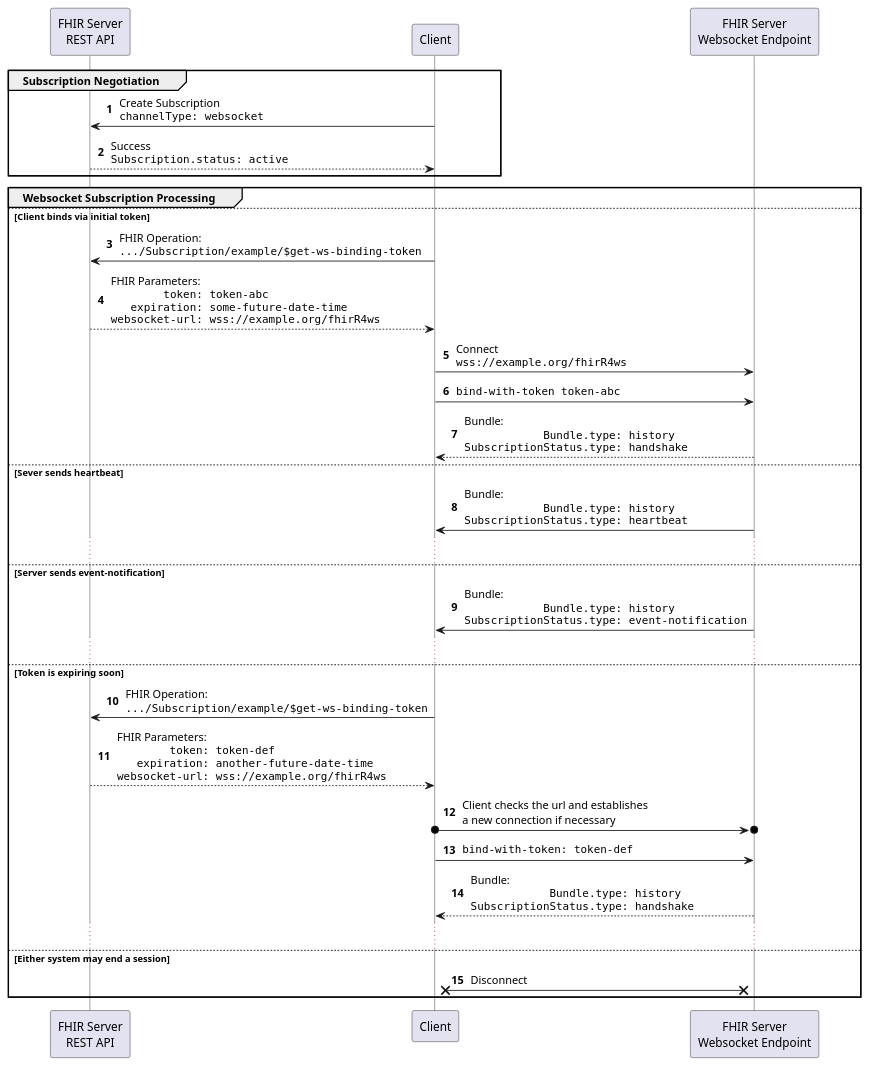
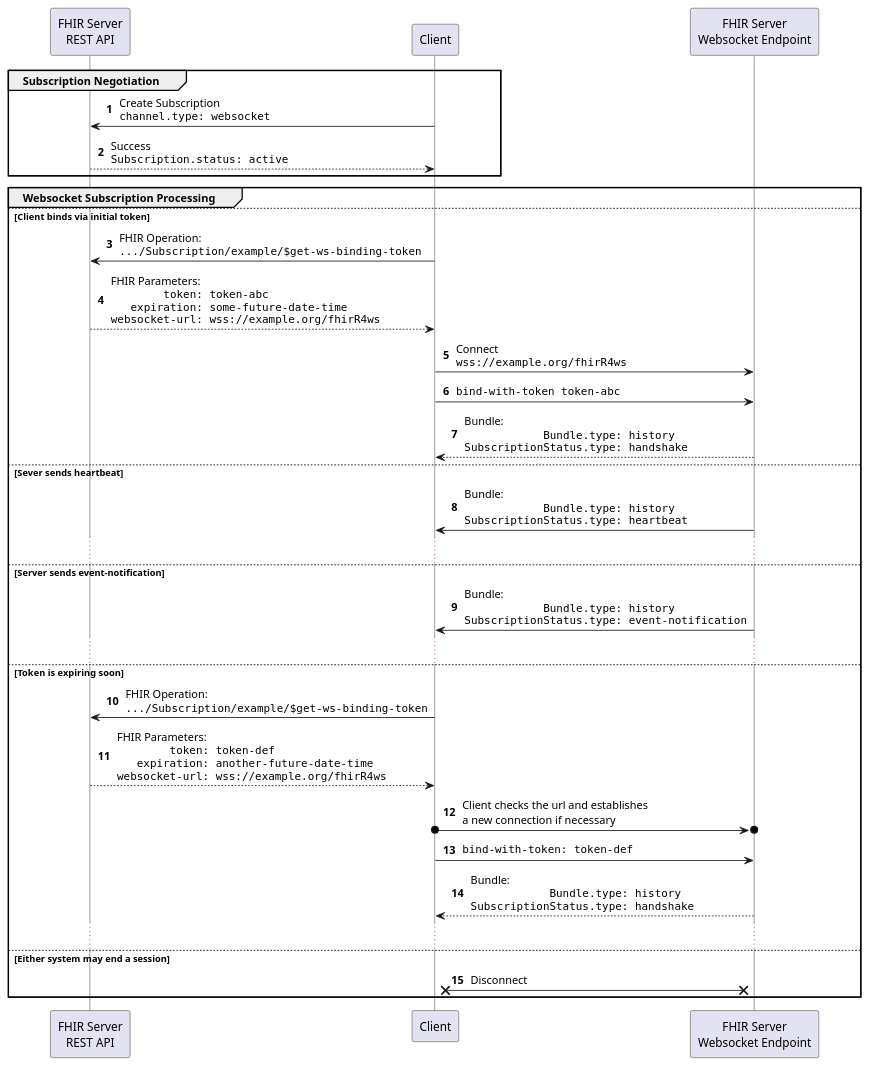
Before and after one commit to HL7/fhir-subscription-backport-ig: the diagram in input/images-source/channel-websocket.plantuml, drawn with PlantUML. The commit also changed 17 other files, not shown here.

```diff
--- a/input/images-source/channel-websocket.plantuml
+++ b/input/images-source/channel-websocket.plantuml
@@ -1,48 +1,48 @@
 @startuml
 skinparam NoteTextAlignment left
 skinparam Padding 2
 skinparam ParticipantPadding 40
 skinparam LifelineStrategy solid
 autonumber
 
 participant "FHIR Server\nREST API"     as S
 participant "Client"                    as C
 participant "FHIR Server\nWebsocket Endpoint" as E
 
 group Subscription Negotiation
-  C->S: Create Subscription\n""channelType: websocket""
+  C->S: Create Subscription\n""channel.type: websocket""
   return Success\n""Subscription.status: active""
 end
 
 group Websocket Subscription Processing
 else Client binds via initial token
   C->S: FHIR Operation:\n"".../Subscription/example/$get-ws-binding-token""
   return FHIR Parameters:\n""        token: token-abc""\n""   expiration: some-future-date-time""\n""websocket-url: wss://example.org/fhirR4ws""
 
   C->E: Connect\n""wss://example.org/fhirR4ws""
 
   C->E: ""bind-with-token token-abc""
   return Bundle:\n""            Bundle.type: history""\n""SubscriptionStatus.type: handshake""
 
 else Sever sends heartbeat
     E->C: Bundle:\n""            Bundle.type: history""\n""SubscriptionStatus.type: heartbeat""
     ...
 else Server sends event-notification
     E->C: Bundle:\n""            Bundle.type: history""\n""SubscriptionStatus.type: event-notification""
     ...
 else Token is expiring soon
     C->S: FHIR Operation:\n"".../Subscription/example/$get-ws-binding-token""
     return FHIR Parameters:\n""        token: token-def""\n""   expiration: another-future-date-time""\n""websocket-url: wss://example.org/fhirR4ws""
 
     C o->o E: Client checks the url and establishes\na new connection if necessary
 
     C->E: ""bind-with-token: token-def""
     return Bundle:\n""            Bundle.type: history""\n""SubscriptionStatus.type: handshake""
     ...
 else Either system may end a session
   C x-x E: Disconnect
 end
 
 deactivate E
 
 @enduml
```
